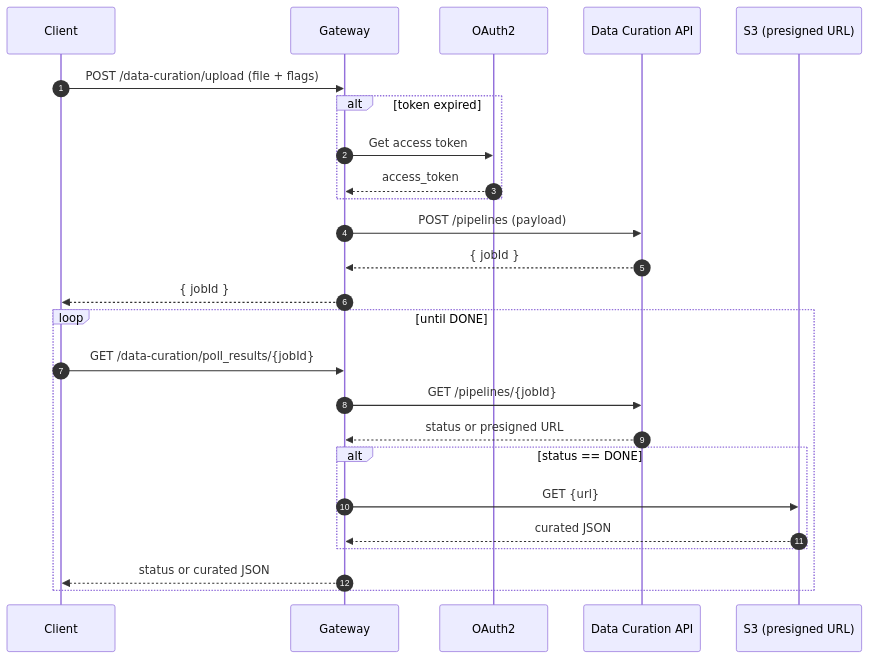
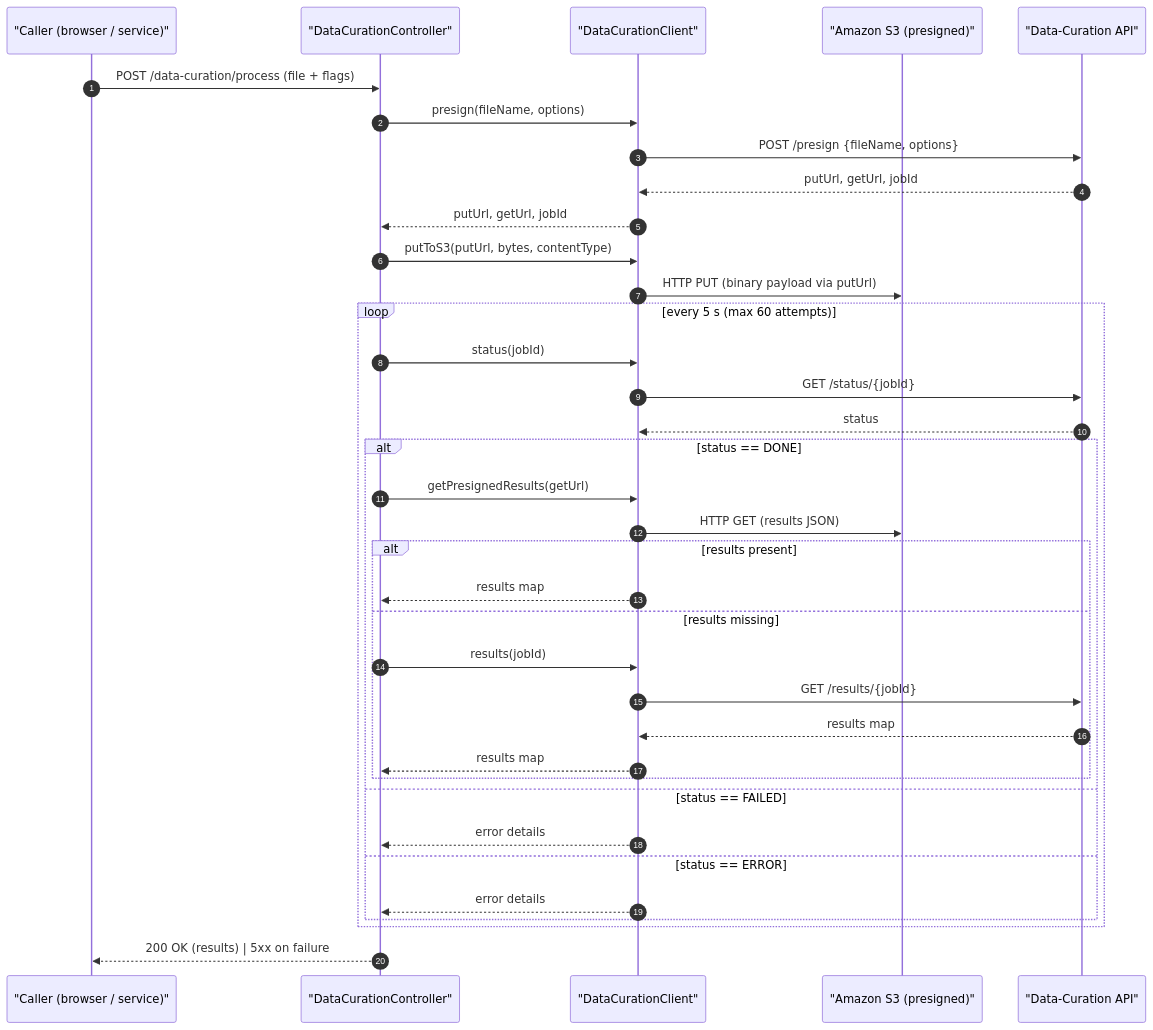
One commit to GBHyland/acs-ai-cl25 changed the second of 2 diagrams in knowledge-enrichment-api/README.md. Above: the diagram before and after it, drawn with Mermaid. The commit also changed other lines of this file and 62 other files, not shown here.

````diff
--- a/knowledge-enrichment-api/README.md
+++ b/knowledge-enrichment-api/README.md
@@ -158,29 +166,51 @@
 ```mermaid
 sequenceDiagram
     autonumber
-    participant Client
-    participant Gateway
-    participant OAuth as OAuth2
-    participant DCAPI as Data Curation API
-    participant S3 as S3 (presigned URL)
+    participant Client      as "Caller (browser / service)"
+    participant Controller  as "DataCurationController"
+    participant DCClient    as "DataCurationClient"
+    participant S3          as "Amazon S3 (presigned)"
+    participant DCAPI       as "Data-Curation API"
 
-    Client->>Gateway: POST /data-curation/upload (file + flags)
-    alt token expired
-        Gateway->>OAuth: Get access token
-        OAuth-->>Gateway: access_token
+    %% 1 – initial HTTP request
+    Client      ->> Controller: POST /data-curation/process (file + flags)
+
+    %% 2 – obtain presigned info & job-id
+    Controller  ->> DCClient: presign(fileName, options)
+    DCClient    ->> DCAPI:   POST /presign {fileName, options}
+    DCAPI       -->> DCClient: putUrl, getUrl, jobId
+    DCClient    -->> Controller: putUrl, getUrl, jobId
+
+    %% 3 – upload original file to S3
+    Controller  ->> DCClient: putToS3(putUrl, bytes, contentType)
+    DCClient    ->> S3:      HTTP PUT (binary payload via putUrl)
+
+    %% 4 – polling loop until job finishes
+    loop every 5 s (max 60 attempts)
+        Controller ->> DCClient: status(jobId)
+        DCClient   ->> DCAPI:   GET /status/{jobId}
+        DCAPI      -->> DCClient: status
+
+        alt status == DONE
+            %% 4a – try the presigned results first
+            Controller ->> DCClient: getPresignedResults(getUrl)
+            DCClient   ->> S3:      HTTP GET (results JSON)
+            alt results present
+                DCClient -->> Controller: results map
+            else results missing
+                %% 4b – fallback to authenticated API
+                Controller ->> DCClient: results(jobId)
+                DCClient   ->> DCAPI:  GET /results/{jobId}
+                DCAPI      -->> DCClient: results map
+                DCClient   -->> Controller: results map
+            end
+        else status == FAILED
+            DCClient -->> Controller: error details
+        else status == ERROR
+            DCClient -->> Controller: error details
+        end
     end
-    Gateway->>DCAPI: POST /pipelines (payload)
-    DCAPI-->>Gateway: { jobId }
-    Gateway-->>Client: { jobId }
 
-    loop until DONE
-        Client->>Gateway: GET /data-curation/poll_results/{jobId}
-        Gateway->>DCAPI: GET /pipelines/{jobId}
-        DCAPI-->>Gateway: status or presigned URL
-        alt status == DONE
-            Gateway->>S3: GET {url}
-            S3-->>Gateway: curated JSON
-        end
-        Gateway-->>Client: status or curated JSON
-    end
+    %% 5 – final HTTP response
+    Controller -->> Client: 200 OK (results) | 5xx on failure
 ```
````
